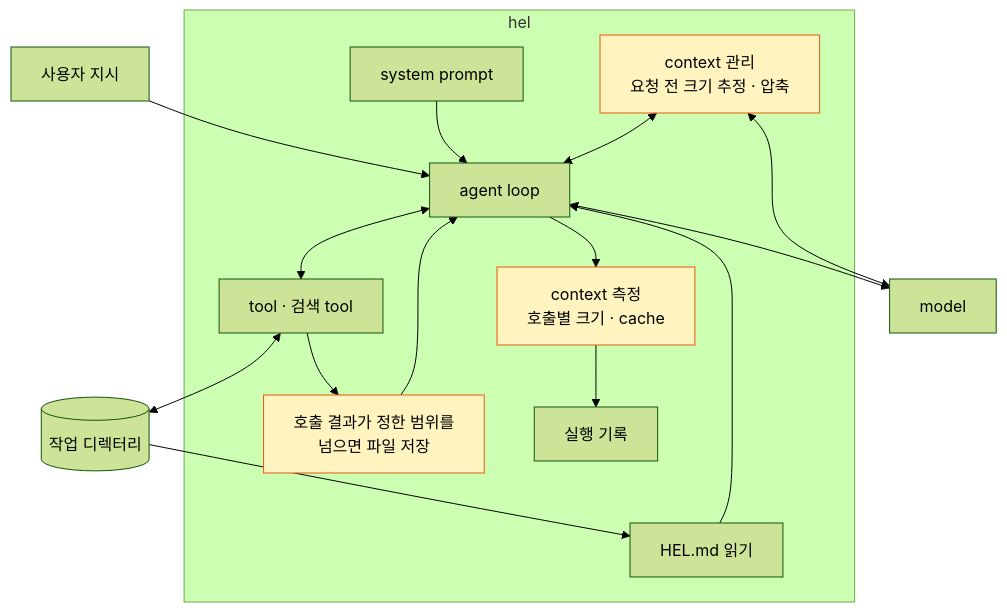
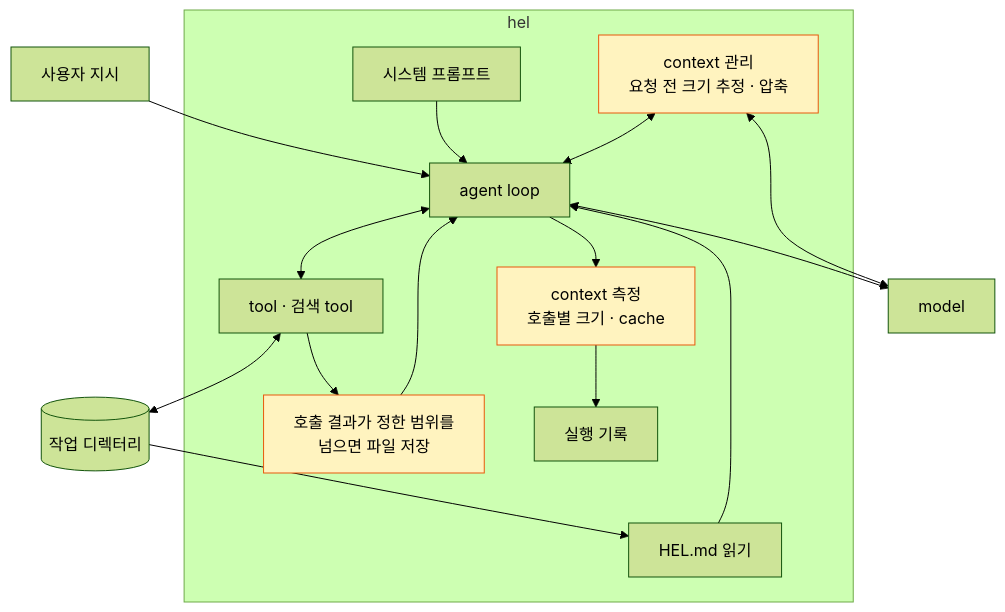
Before and after one commit to jammer-droid/HEL: the second of 2 diagrams in guide/src/parts/part3-context.md, drawn with Mermaid (forest theme). The commit also changed other lines of this file and 69 other files, not shown here.

````diff
--- a/guide/src/parts/part3-context.md
+++ b/guide/src/parts/part3-context.md
@@ -71,27 +71,27 @@
 ```mermaid
 flowchart TB
     U[사용자 지시] --> L
     subgraph H[hel]
-        P[system prompt]
+        P[시스템 프롬프트]
         C[HEL.md 읽기]
         L[agent loop]
         T[tool · 검색 tool]
         B[context 측정<br/>호출별 크기 · cache]:::new
         K[context 관리<br/>요청 전 크기 추정 · 압축]:::new
         S[호출 결과가 정한 범위를<br/>넘으면 파일 저장]:::new
         R[실행 기록]
     end
     P --> L
     C --> L
     L <--> M[model]
     L <--> T
     T --> S
     S --> L
     L --> B
     B --> R
     K <--> L
     K <--> M
     T <--> W[(작업 디렉터리)]
     W --> C
     classDef new fill:#fff3bf,stroke:#e8590c,color:#000
 ```
````
